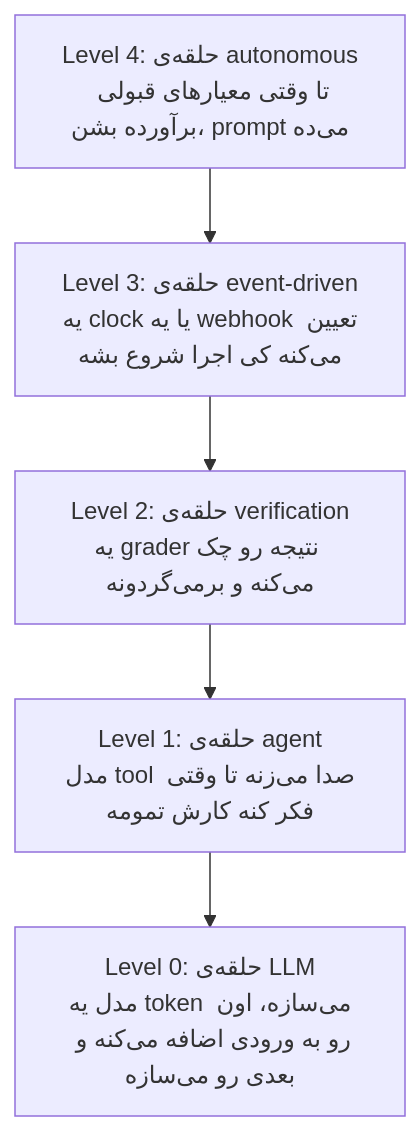
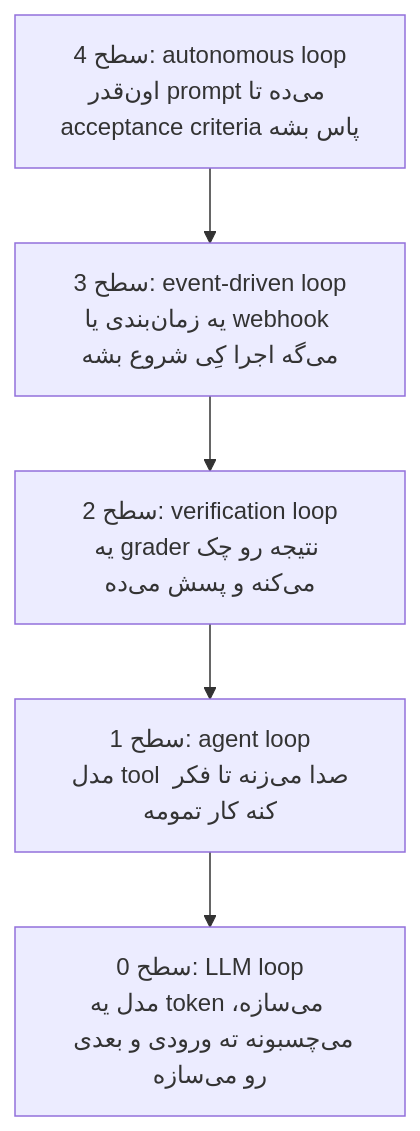
Before and after one commit to lokumai/ai-engineering-bazaar: the first of 2 diagrams in mini-courses/2_intermediate/loop_engineering_fa.md, drawn with Mermaid. The commit also changed other lines of this file and 82 other files, not shown here.

````diff
--- a/mini-courses/2_intermediate/loop_engineering_fa.md
+++ b/mini-courses/2_intermediate/loop_engineering_fa.md
@@ -31,8 +31,8 @@
 ```mermaid
 graph TD
-    L4["Level 4: حلقه‌ی autonomous<br/>تا وقتی معیارهای قبولی برآورده بشن، prompt می‌ده"] --> L3
-    L3["Level 3: حلقه‌ی event-driven<br/>یه clock یا یه webhook تعیین می‌کنه کی اجرا شروع بشه"] --> L2
-    L2["Level 2: حلقه‌ی verification<br/>یه grader نتیجه رو چک می‌کنه و برمی‌گردونه"] --> L1
-    L1["Level 1: حلقه‌ی agent<br/>مدل tool صدا می‌زنه تا وقتی فکر کنه کارش تمومه"] --> L0
-    L0["Level 0: حلقه‌ی LLM<br/>مدل یه token می‌سازه، اون رو به ورودی اضافه می‌کنه و بعدی رو می‌سازه"]
+    L4["سطح 4: autonomous loop<br/>اون‌قدر prompt می‌ده تا acceptance criteria پاس بشه"] --> L3
+    L3["سطح 3: event-driven loop<br/>یه زمان‌بندی یا webhook می‌گه اجرا کِی شروع بشه"] --> L2
+    L2["سطح 2: verification loop<br/>یه grader نتیجه رو چک می‌کنه و پسش می‌ده"] --> L1
+    L1["سطح 1: agent loop<br/>مدل tool صدا می‌زنه تا فکر کنه کار تمومه"] --> L0
+    L0["سطح 0: LLM loop<br/>مدل یه token می‌سازه، می‌چسبونه ته ورودی و بعدی رو می‌سازه"]
 ```
````
